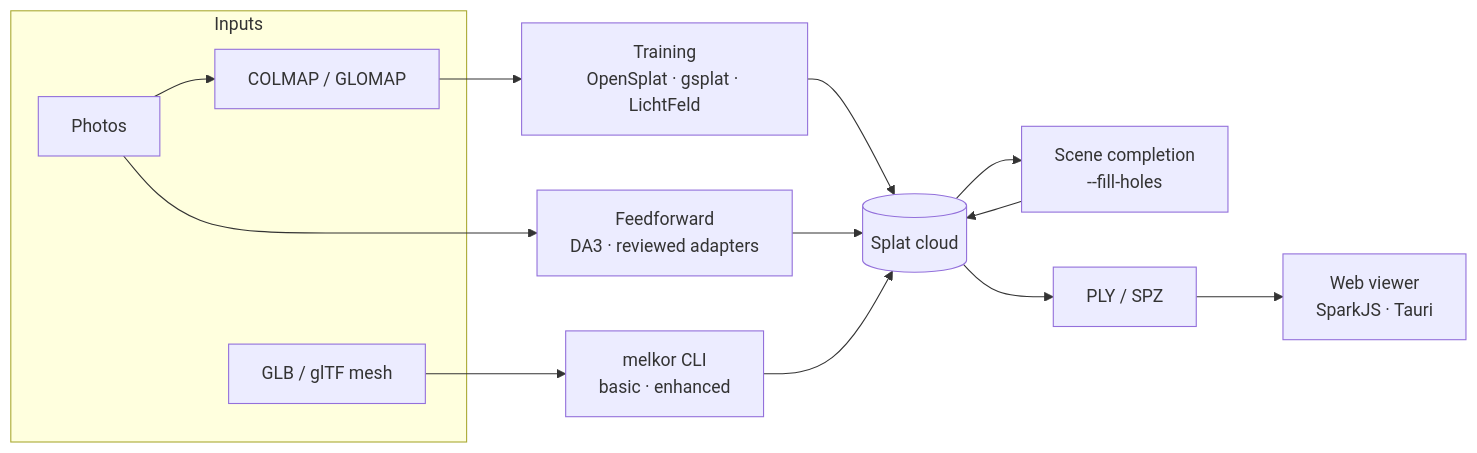
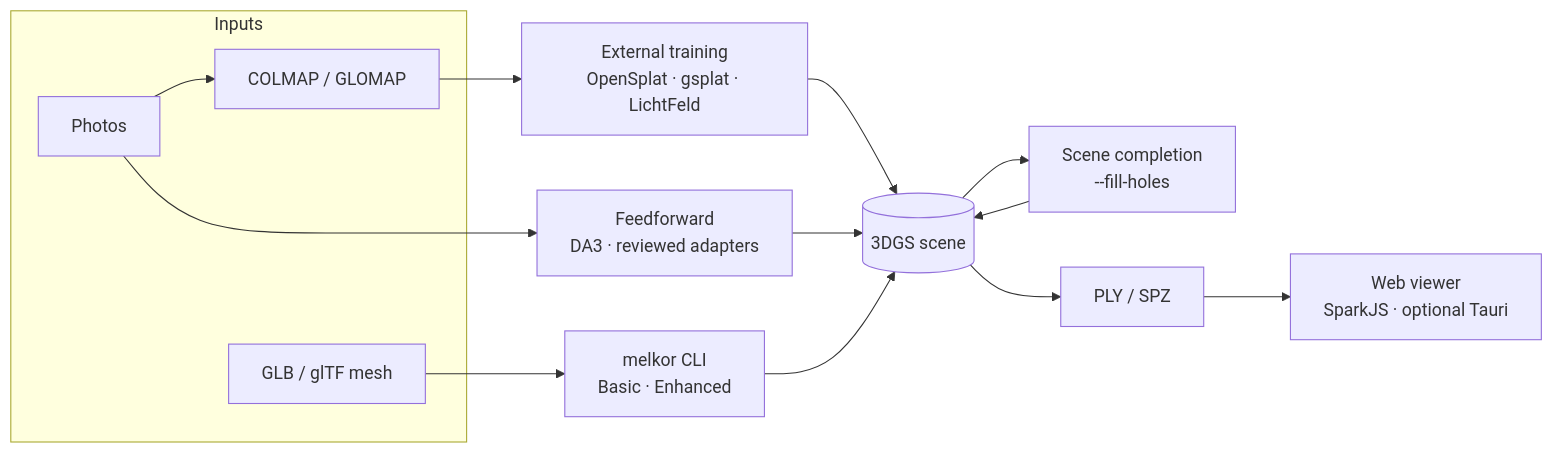
One commit to sepahead/melkor changed the diagram in README.md. Above: the diagram before and after it, drawn with Mermaid. The commit also changed other lines of this file and 1 other file, not shown here.

````diff
--- a/README.md
+++ b/README.md
@@ -142,17 +266,17 @@
 ```mermaid
 flowchart LR
     subgraph Inputs
         P[Photos] --> SfM[COLMAP / GLOMAP]
         M[GLB / glTF mesh]
     end
-    SfM --> T[Training<br/>OpenSplat · gsplat · LichtFeld]
+    SfM --> T[External training<br/>OpenSplat · gsplat · LichtFeld]
     P --> FF[Feedforward<br/>DA3 · reviewed adapters]
-    M --> C[melkor CLI<br/>basic · enhanced]
-    T --> S[(Splat cloud)]
+    M --> C[melkor CLI<br/>Basic · Enhanced]
+    T --> S[(3DGS scene)]
     FF --> S
     C --> S
     S --> SC[Scene completion<br/>--fill-holes]
     SC --> S
     S --> F[PLY / SPZ]
-    F --> V[Web viewer<br/>SparkJS · Tauri]
+    F --> V[Web viewer<br/>SparkJS · optional Tauri]
 ```
````
